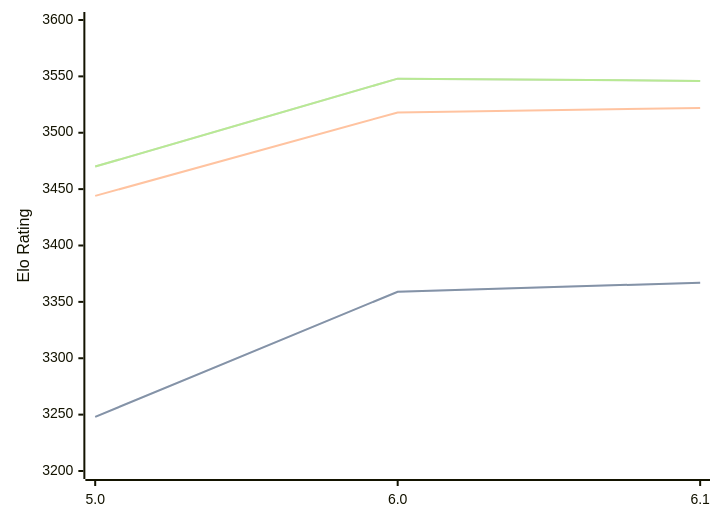
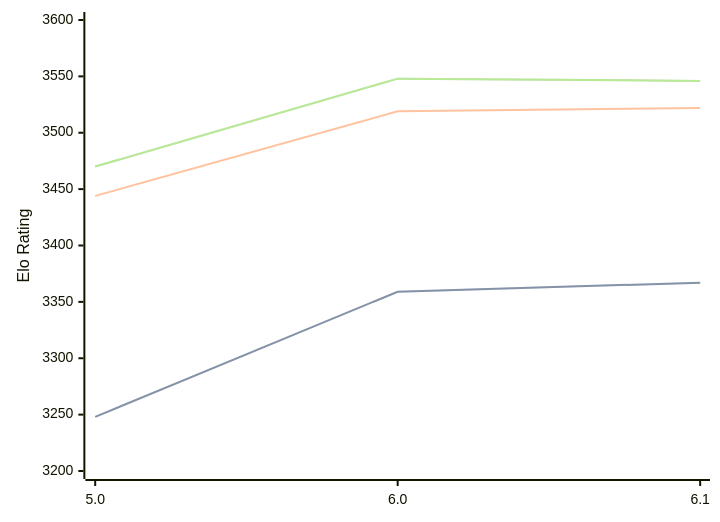
The diagram in engines/Starzix.md (computer-chess-index/cci), drawn with Mermaid before and after one commit. The commit also changed other lines of this file, not shown here.

````diff
--- a/engines/Starzix.md
+++ b/engines/Starzix.md
@@ -35,11 +35,11 @@
 ```mermaid
 %%{init: {"theme":"base","themeVariables":{"seriesColors:['#a3a3a3','#222221','#faa371']}}}%%
 xychart-beta
   x-axis ["5.0", "6.0", "6.1"]
   y-axis "Elo Rating" 3200 --> 3600
   line "STC (8.0+0.08s)" [3248, 3359, 3367]
   line "STC (8.0+0.08s)" [3248, 3359, 3367]
-  line "LTC (60.0+0.60s)" [3444, 3518, 3522]
+  line "LTC (60.0+0.60s)" [3444, 3519, 3522]
   line "VLTC (2m24s+1.12s)" [3470, 3548, 3546]
   line "VLTC (2m24s+1.12s)" [3470, 3548, 3546]
 ```
````
